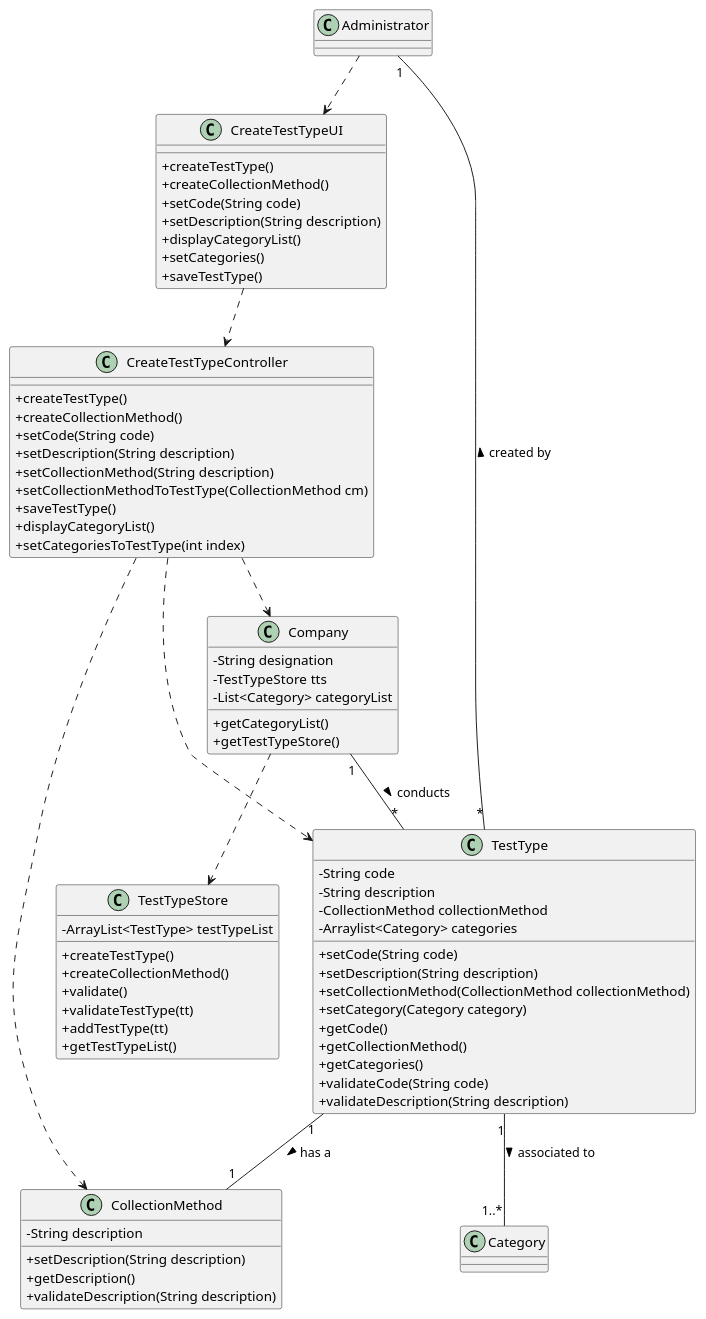
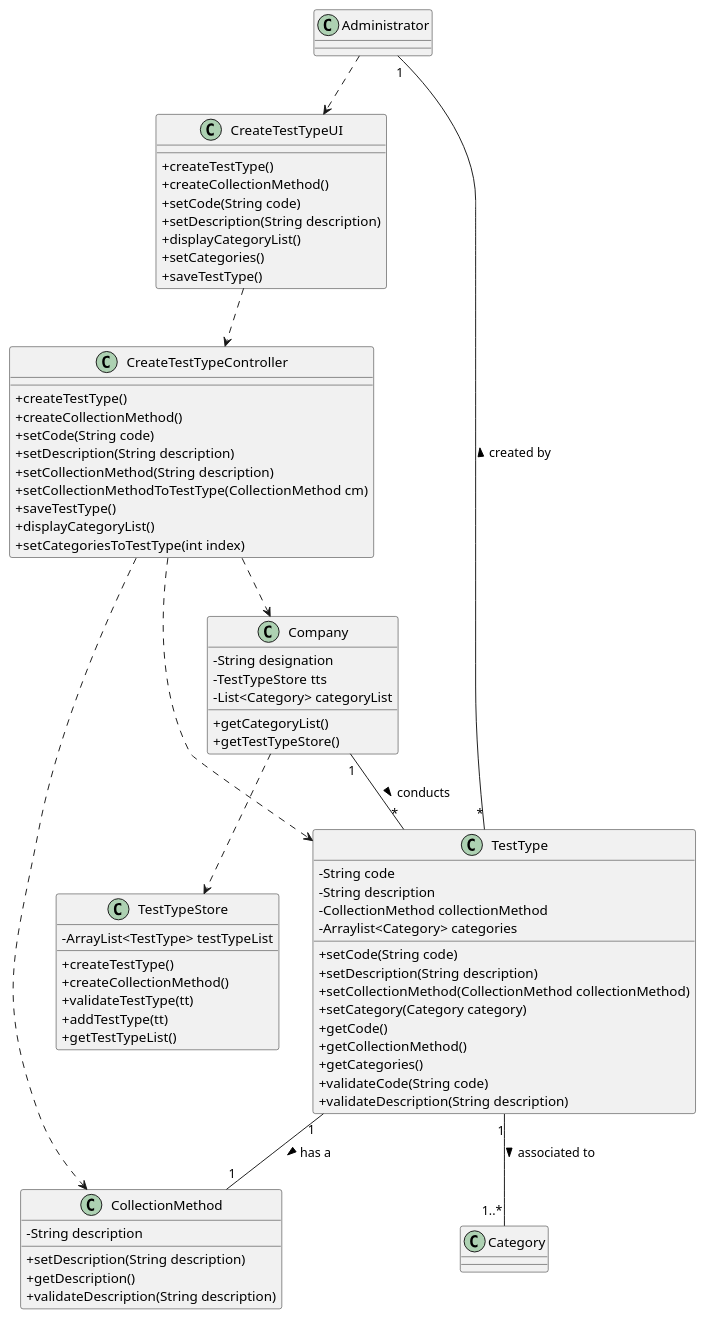
The diagram in docs/SprintB/US9/US9_CD.puml (MadDinosaur/ISEP-LAPR2), drawn with PlantUML before and after one commit. The commit also changed 3 other files, not shown here.

```diff
--- a/docs/SprintB/US9/US9_CD.puml
+++ b/docs/SprintB/US9/US9_CD.puml
@@ -1,80 +1,79 @@
 @startuml
 
 skinparam classAttributeIconSize 0
 
 class Administrator
 class CreateTestTypeUI {
 +createTestType()
 +createCollectionMethod()
 +setCode(String code)
 +setDescription(String description)
 +displayCategoryList()
 +setCategories()
 +saveTestType()
 }
 
 class CreateTestTypeController {
 +createTestType()
 +createCollectionMethod()
 +setCode(String code)
 +setDescription(String description)
 +setCollectionMethod(String description)
 +setCollectionMethodToTestType(CollectionMethod cm)
 +saveTestType()
 +displayCategoryList()
 +setCategoriesToTestType(int index)
 }
 
 class CollectionMethod {
 -String description
 +setDescription(String description)
 +getDescription()
 +validateDescription(String description)
 }
 
 class TestType {
 -String code
 -String description
 -CollectionMethod collectionMethod
 -Arraylist<Category> categories
 +setCode(String code)
 +setDescription(String description)
 +setCollectionMethod(CollectionMethod collectionMethod)
 +setCategory(Category category)
 +getCode()
 +getCollectionMethod()
 +getCategories()
 +validateCode(String code)
 +validateDescription(String description)
 }
 
 class Company {
 -String designation
 -TestTypeStore tts
 -List<Category> categoryList
 +getCategoryList()
 +getTestTypeStore()
 }
 
 class TestTypeStore {
 -ArrayList<TestType> testTypeList
 +createTestType()
 +createCollectionMethod()
-+validate()
 +validateTestType(tt)
 +addTestType(tt)
 +getTestTypeList()
 }
 
 Administrator ..> CreateTestTypeUI
 CreateTestTypeUI ..> CreateTestTypeController
 TestType "*"-up-"1" Administrator : created by >
 Category "1..*"-up-"1" TestType  : associated to <
 TestType "1"--"1" CollectionMethod : has a  >
 Company "1"-down-"*" TestType : conducts >
 CreateTestTypeController ..> Company
 CreateTestTypeController ..> TestType
 CreateTestTypeController ..> CollectionMethod
 Company ..> TestTypeStore
 
 @enduml
```
